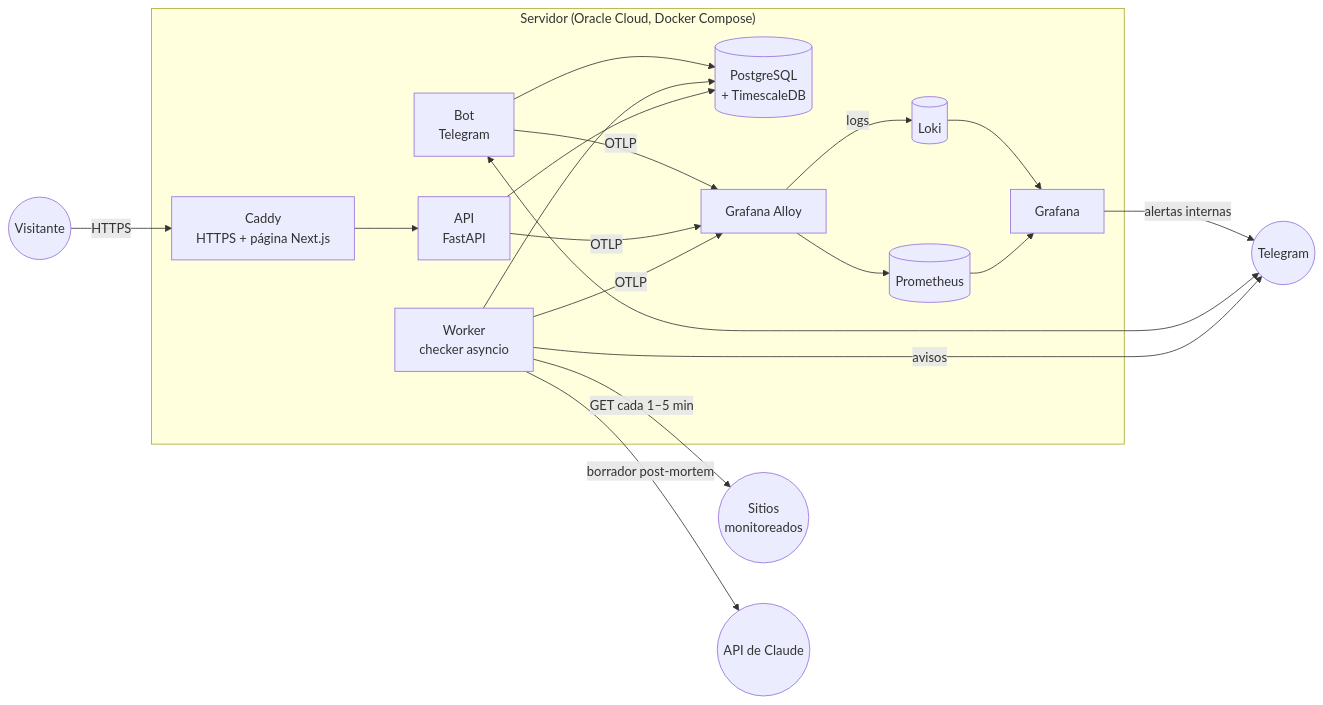
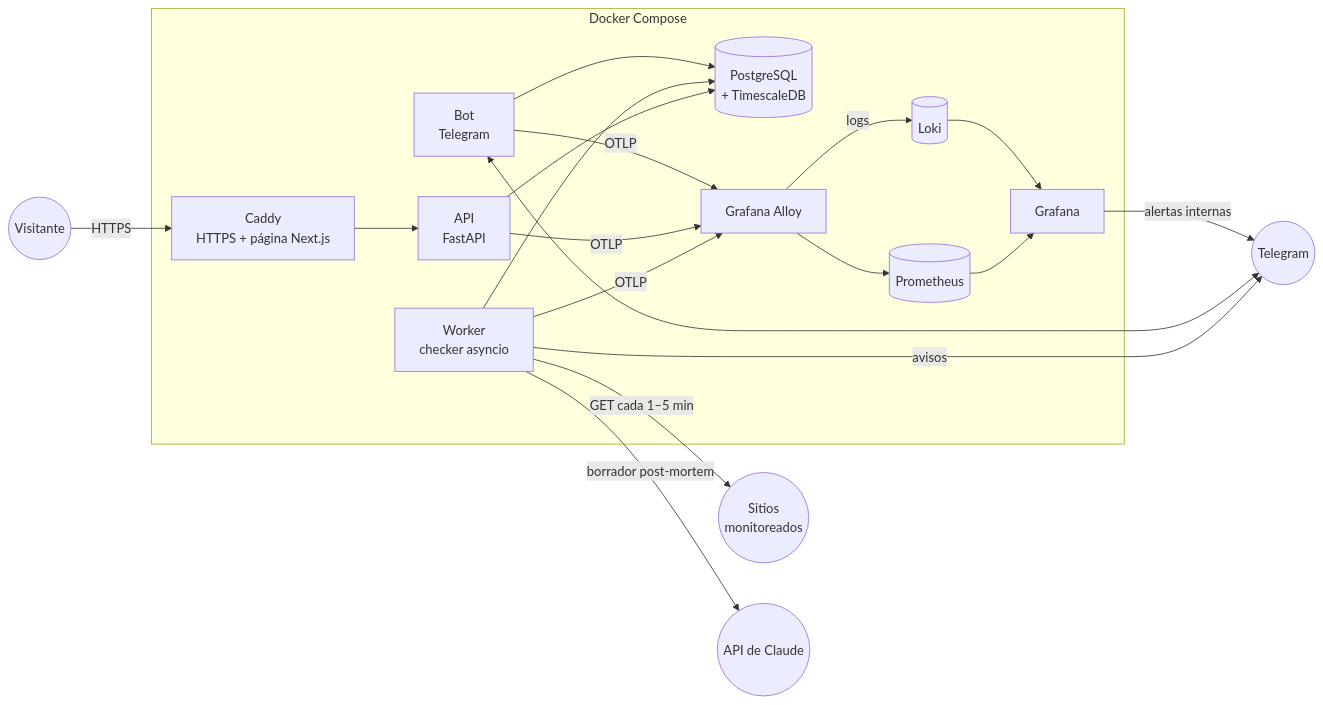
Before and after one commit to ahmedalonsoi/panastatus: the diagram in README.md, drawn with Mermaid. The commit also changed other lines of this file and 4 other files, not shown here.

First line of the commit message:
docs: capturas en el README y enfoque local con Docker Compose

````diff
--- a/README.md
+++ b/README.md
@@ -22,24 +39,24 @@
 ```mermaid
 flowchart LR
-    subgraph Servidor["Servidor (Oracle Cloud, Docker Compose)"]
+    subgraph Servidor["Docker Compose"]
         caddy["Caddy<br/>HTTPS + página Next.js"]
         api["API<br/>FastAPI"]
         worker["Worker<br/>checker asyncio"]
         bot["Bot<br/>Telegram"]
         db[("PostgreSQL<br/>+ TimescaleDB")]
         alloy["Grafana Alloy"]
         prom[("Prometheus")]
         loki[("Loki")]
         grafana["Grafana"]
     end
     user(("Visitante")) -->|HTTPS| caddy --> api --> db
     worker -->|"GET cada 1–5 min"| sites(("Sitios<br/>monitoreados"))
     worker --> db
     worker -->|avisos| tg(("Telegram"))
     bot <--> tg
     bot --> db
     worker -->|borrador post-mortem| claude(("API de Claude"))
     worker & api & bot -->|OTLP| alloy --> prom --> grafana
     alloy -->|logs| loki --> grafana
     grafana -->|alertas internas| tg
 ```
````
